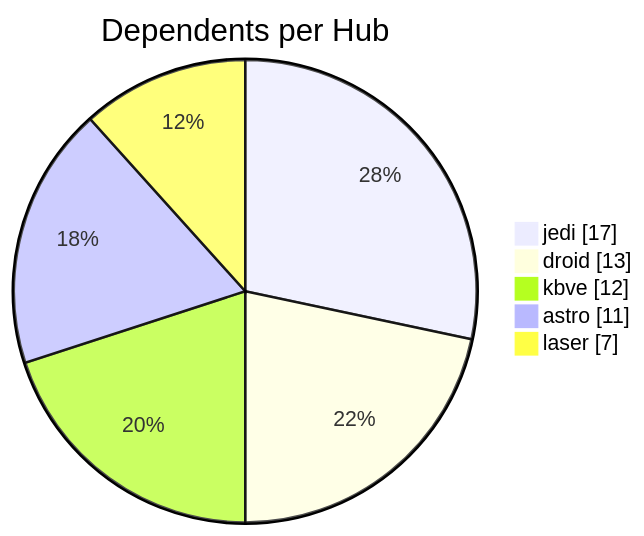
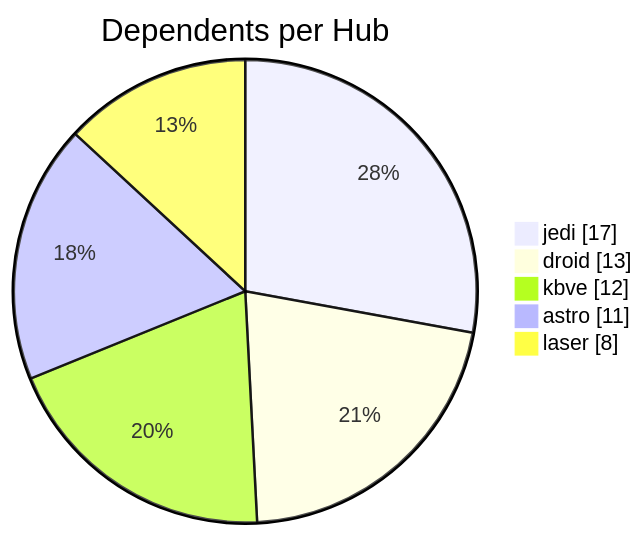
The second of 3 diagrams in apps/kbve/astro-kbve/src/content/docs/dashboard/graph.mdx (KBVE/kbve), drawn with Mermaid before and after one commit. The commit also changed other lines of this file and 8 other files, not shown here.

````diff
--- a/apps/kbve/astro-kbve/src/content/docs/dashboard/graph.mdx
+++ b/apps/kbve/astro-kbve/src/content/docs/dashboard/graph.mdx
@@ -66,9 +66,9 @@
 ```mermaid
 pie showData
     title Dependents per Hub
     "jedi" : 17
     "droid" : 13
     "kbve" : 12
     "astro" : 11
-    "laser" : 7
+    "laser" : 8
 ```
````
